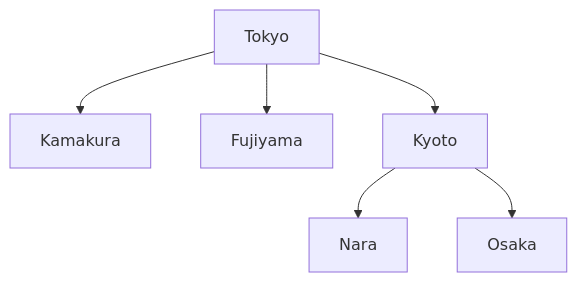
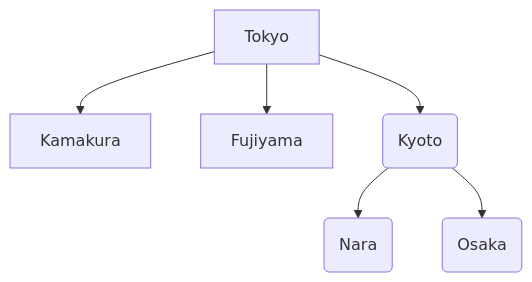
One commit to CindyLyu1953/5000-lab-1.2 changed the diagram in simple_quarto_website/index.qmd. Above: the diagram before and after it, drawn with Mermaid. The commit also changed other lines of this file and 8 other files, not shown here.

Commit message:
update the mermaid diagram and the formatted text with two columns

````diff
--- a/simple_quarto_website/index.qmd
+++ b/simple_quarto_website/index.qmd
@@ -79,8 +92,8 @@
 ```{mermaid}
 graph TD;
-    Tokyo --> Kamakura;
-    Tokyo --> Fujiyama;
-    Tokyo --> Kyoto;
-    Kyoto --> Nara;
-    Kyoto --> Osaka;
+    A[Tokyo] --> B[Kamakura];
+    A[Tokyo] --> C[Fujiyama];
+    A[Tokyo] --> D(Kyoto);
+    D(Kyoto) --> E(Nara);
+    D(Kyoto) --> F(Osaka);
 ```
````
